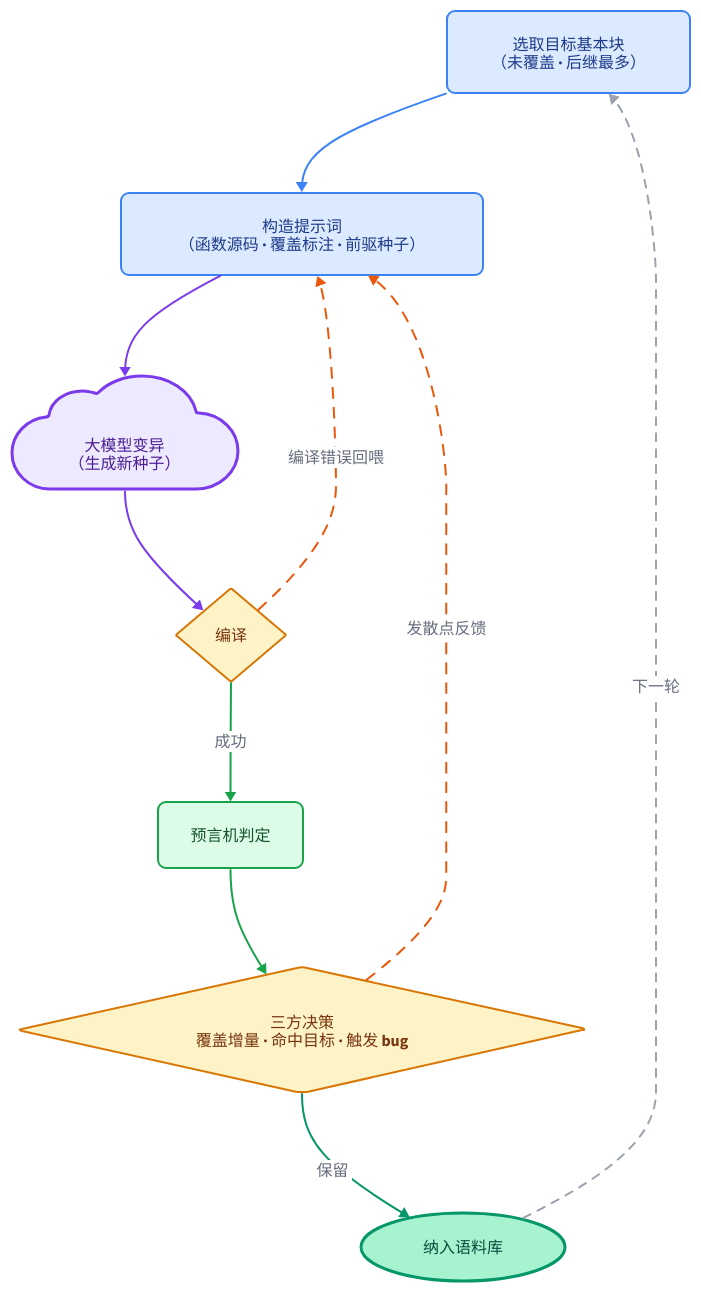
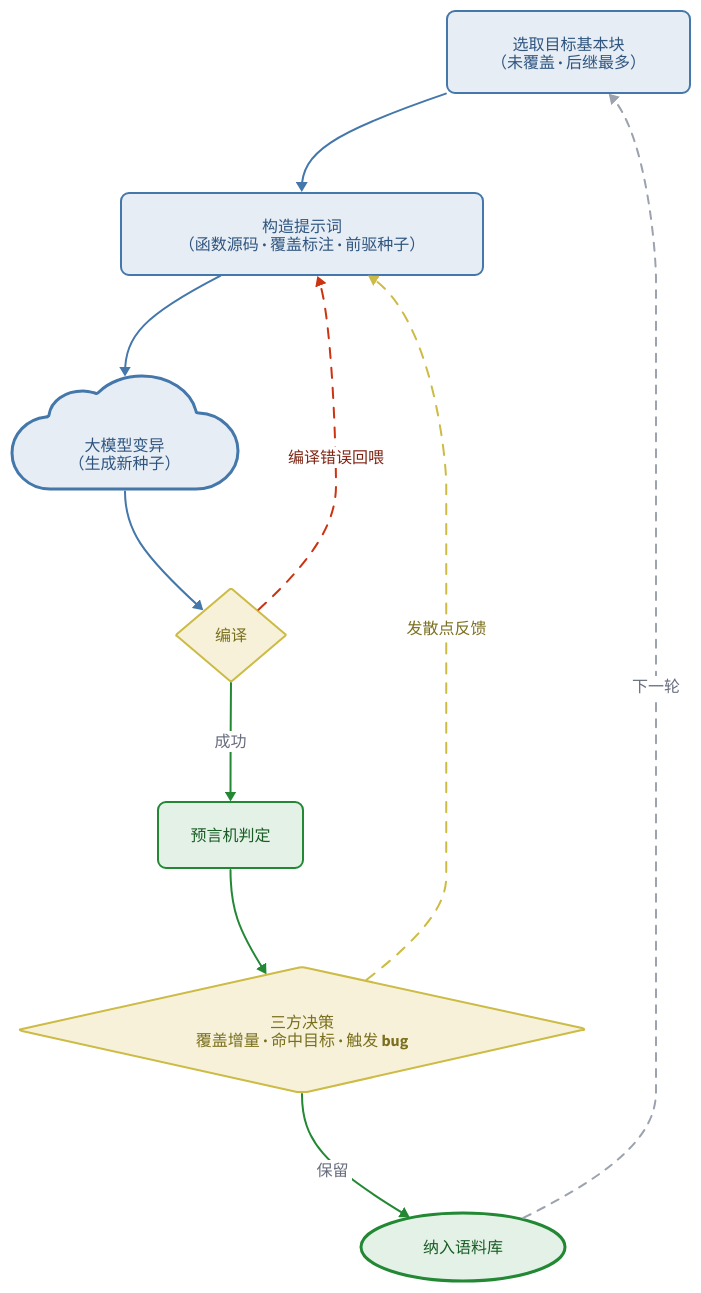
One commit to zjy-dev/de-fuzz changed the diagram in docs/开题报告/assets/ch4-route/main-loop.zh.d2. Above: the diagram before and after it, drawn with D2. The commit also changed 42 other files, not shown here.

First line of the commit message:
docs: unify proposal figure palette

```diff
--- a/docs/开题报告/assets/ch4-route/main-loop.zh.d2
+++ b/docs/开题报告/assets/ch4-route/main-loop.zh.d2
@@ -1,69 +1,69 @@
 # 图 6 — 大模型约束求解主循环（中文版）
 # 渲染：d2 --layout=dagre --pad=24 main-loop.zh.d2 main-loop.zh.svg
 
 direction: down
 
 pick: "选取目标基本块\n（未覆盖 · 后继最多）" {
   style: {
-    fill: "#DBEAFE"; stroke: "#3B82F6"; stroke-width: 2
-    font-color: "#1E3A8A"; border-radius: 8
+    fill: "#E6EDF5"; stroke: "#4477AA"; stroke-width: 2
+    font-color: "#2F557F"; border-radius: 8
   }
 }
 
 build: "构造提示词\n（函数源码 · 覆盖标注 · 前驱种子）" {
   style: {
-    fill: "#DBEAFE"; stroke: "#3B82F6"; stroke-width: 2
-    font-color: "#1E3A8A"; border-radius: 8
+    fill: "#E6EDF5"; stroke: "#4477AA"; stroke-width: 2
+    font-color: "#2F557F"; border-radius: 8
   }
 }
 
 llm: "大模型变异\n（生成新种子）" {
   shape: cloud
   style: {
-    fill: "#EDE9FE"; stroke: "#7C3AED"; stroke-width: 3
-    font-color: "#4C1D95"; bold: true
+    fill: "#E6EDF5"; stroke: "#4477AA"; stroke-width: 3
+    font-color: "#2F557F"; bold: true
   }
 }
 
 compile: "编译" {
   shape: diamond
   style: {
-    fill: "#FEF3C7"; stroke: "#D97706"; stroke-width: 2
-    font-color: "#78350F"
+    fill: "#F6F1D8"; stroke: "#CCBB44"; stroke-width: 2
+    font-color: "#7A6F1D"
   }
 }
 
 oracle: "预言机判定" {
   style: {
-    fill: "#DCFCE7"; stroke: "#16A34A"; stroke-width: 2
-    font-color: "#14532D"; border-radius: 8
+    fill: "#E3F1E7"; stroke: "#228833"; stroke-width: 2
+    font-color: "#195C24"; border-radius: 8
   }
 }
 
 decision: "三方决策\n覆盖增量 · 命中目标 · 触发 bug" {
   shape: diamond
   style: {
-    fill: "#FEF3C7"; stroke: "#D97706"; stroke-width: 2
-    font-color: "#78350F"
+    fill: "#F6F1D8"; stroke: "#CCBB44"; stroke-width: 2
+    font-color: "#7A6F1D"
   }
 }
 
 keep: "纳入语料库" {
   shape: oval
   style: {
-    fill: "#A7F3D0"; stroke: "#059669"; stroke-width: 3
-    font-color: "#064E3B"; bold: true
+    fill: "#E3F1E7"; stroke: "#228833"; stroke-width: 3
+    font-color: "#195C24"; bold: true
   }
 }
 
-pick -> build: { style: { stroke: "#3B82F6"; stroke-width: 2 } }
-build -> llm:   { style: { stroke: "#7C3AED"; stroke-width: 2 } }
-llm -> compile: { style: { stroke: "#7C3AED"; stroke-width: 2 } }
-compile -> oracle:    "成功" { style: { stroke: "#16A34A"; stroke-width: 2 } }
-oracle -> decision:   { style: { stroke: "#16A34A"; stroke-width: 2 } }
-decision -> keep:     "保留" { style: { stroke: "#059669"; stroke-width: 2 } }
+pick -> build: { style: { stroke: "#4477AA"; stroke-width: 2 } }
+build -> llm:   { style: { stroke: "#4477AA"; stroke-width: 2 } }
+llm -> compile: { style: { stroke: "#4477AA"; stroke-width: 2 } }
+compile -> oracle:    "成功" { style: { stroke: "#228833"; stroke-width: 2 } }
+oracle -> decision:   { style: { stroke: "#228833"; stroke-width: 2 } }
+decision -> keep:     "保留" { style: { stroke: "#228833"; stroke-width: 2 } }
 keep -> pick:         "下一轮" { style: { stroke: "#9CA3AF"; stroke-width: 2; stroke-dash: 4 } }
 
 # 反馈：编译失败 / 未命中目标 → 回到提示词组装
-compile -> build:  "编译错误回喂"  { style: { stroke: "#EA580C"; stroke-width: 2; stroke-dash: 5 } }
-decision -> build: "发散点反馈"    { style: { stroke: "#EA580C"; stroke-width: 2; stroke-dash: 5 } }
+compile -> build:  "编译错误回喂"  { style: { stroke: "#CC3311"; stroke-width: 2; stroke-dash: 5; font-color: "#7F2615" } }
+decision -> build: "发散点反馈"    { style: { stroke: "#CCBB44"; stroke-width: 2; stroke-dash: 5; font-color: "#7A6F1D" } }
```
